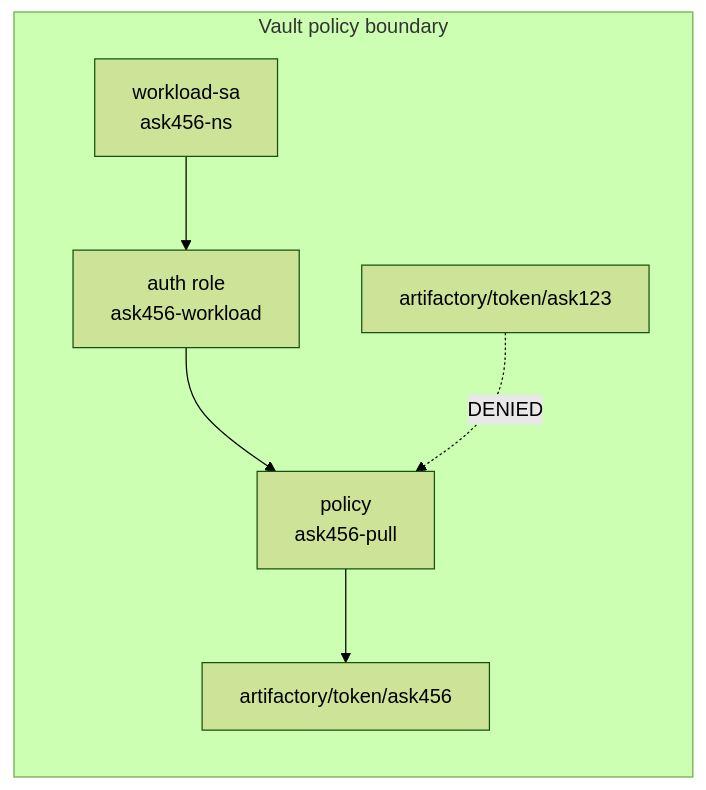
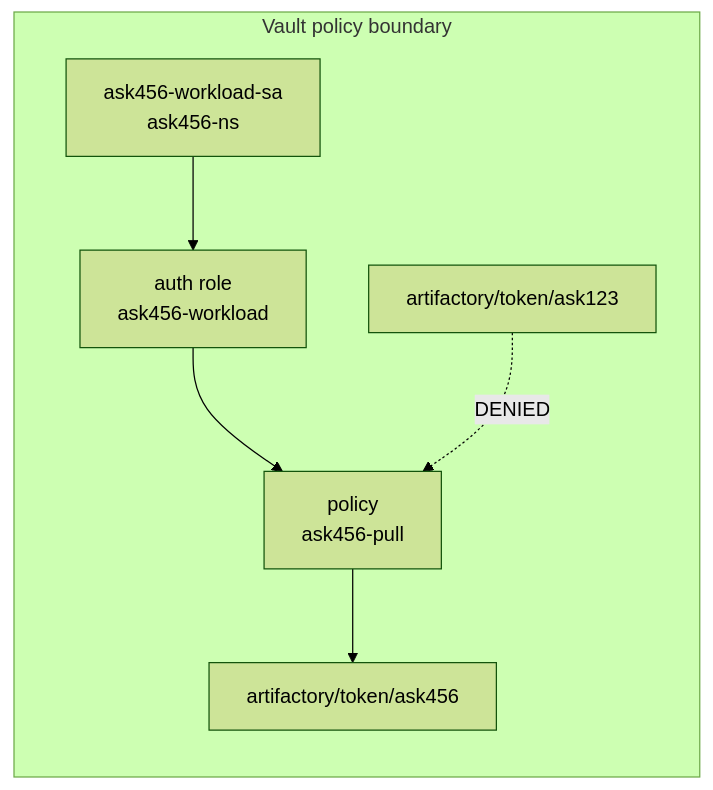
One commit to tomjfrog/vault-artifactory-lab changed the sixth of 7 diagrams in docs/visual-architecture.md. Above: the diagram before and after it, drawn with Mermaid (forest theme). The commit also changed other lines of this file and 15 other files, not shown here.

````diff
--- a/docs/visual-architecture.md
+++ b/docs/visual-architecture.md
@@ -324,12 +324,12 @@
 ```mermaid
 flowchart LR
     subgraph vault_isolation["Vault policy boundary"]
-        SA456["workload-sa<br/>ask456-ns"]
+        SA456["ask456-workload-sa<br/>ask456-ns"]
         AR456["auth role<br/>ask456-workload"]
         P456["policy<br/>ask456-pull"]
         TP456["artifactory/token/ask456"]
         SA456 --> AR456 --> P456 --> TP456
         TP123["artifactory/token/ask123"]
         TP123 -.->|DENIED| P456
     end
 ```
````
